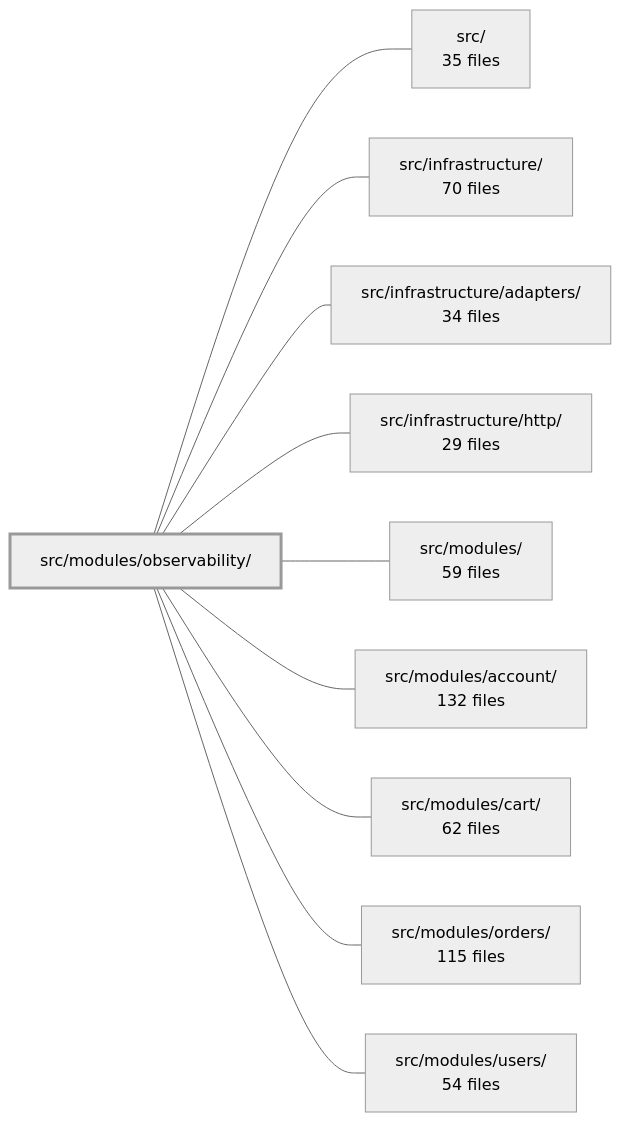
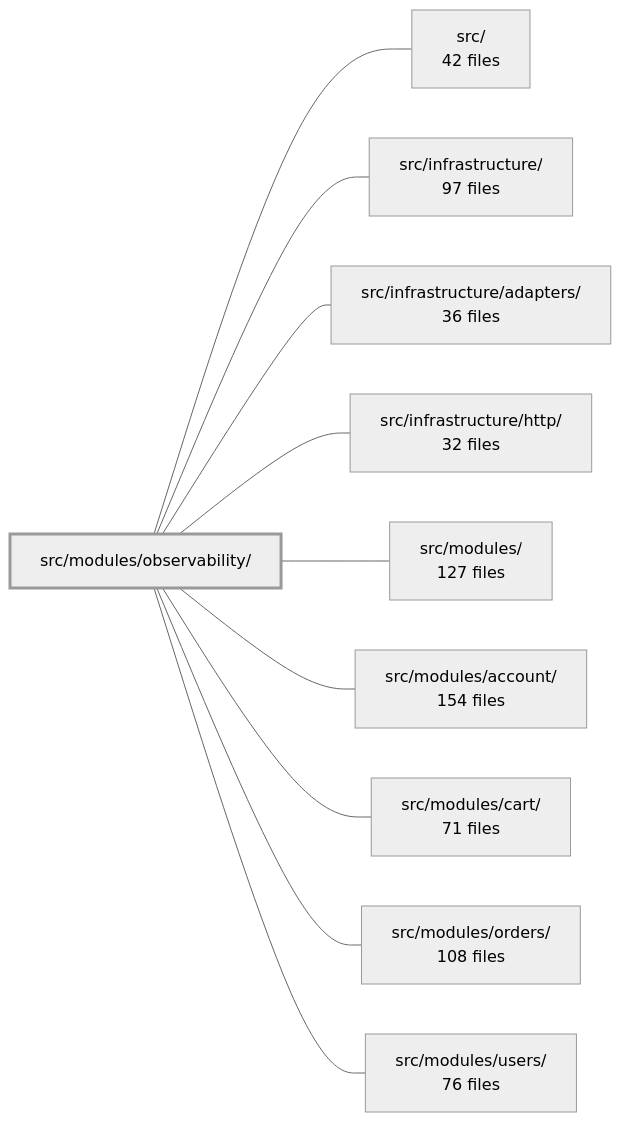
One commit to Guebbit/boilerplate-node-backend changed the diagram in .2brain/modules/boilerplate-node-backend_src_modules_observability.md. Above: the diagram before and after it, drawn with Mermaid (neutral theme). The commit also changed other lines of this file and 1775 other files, not shown here.

````diff
--- a/.2brain/modules/boilerplate-node-backend_src_modules_observability.md
+++ b/.2brain/modules/boilerplate-node-backend_src_modules_observability.md
@@ -41,23 +41,23 @@
 ```mermaid
 flowchart LR
     m_src_modules_observability["src/modules/observability/"]
-    m_src["src/<br/>35 files"]
-    m_src_infrastructure["src/infrastructure/<br/>70 files"]
-    m_src_infrastructure_adapters["src/infrastructure/adapters/<br/>34 files"]
-    m_src_infrastructure_http["src/infrastructure/http/<br/>29 files"]
-    m_src_modules["src/modules/<br/>59 files"]
-    m_src_modules_account["src/modules/account/<br/>132 files"]
-    m_src_modules_cart["src/modules/cart/<br/>62 files"]
-    m_src_modules_orders["src/modules/orders/<br/>115 files"]
-    m_src_modules_users["src/modules/users/<br/>54 files"]
+    m_src["src/<br/>42 files"]
+    m_src_infrastructure["src/infrastructure/<br/>97 files"]
+    m_src_infrastructure_adapters["src/infrastructure/adapters/<br/>36 files"]
+    m_src_infrastructure_http["src/infrastructure/http/<br/>32 files"]
+    m_src_modules["src/modules/<br/>127 files"]
+    m_src_modules_account["src/modules/account/<br/>154 files"]
+    m_src_modules_cart["src/modules/cart/<br/>71 files"]
+    m_src_modules_orders["src/modules/orders/<br/>108 files"]
+    m_src_modules_users["src/modules/users/<br/>76 files"]
     m_src_modules_observability --- m_src
     m_src_modules_observability --- m_src_infrastructure
     m_src_modules_observability --- m_src_infrastructure_adapters
     m_src_modules_observability --- m_src_infrastructure_http
     m_src_modules_observability --- m_src_modules
     m_src_modules_observability --- m_src_modules_account
     m_src_modules_observability --- m_src_modules_cart
     m_src_modules_observability --- m_src_modules_orders
     m_src_modules_observability --- m_src_modules_users
     style m_src_modules_observability stroke-width:3px
 ```
````
